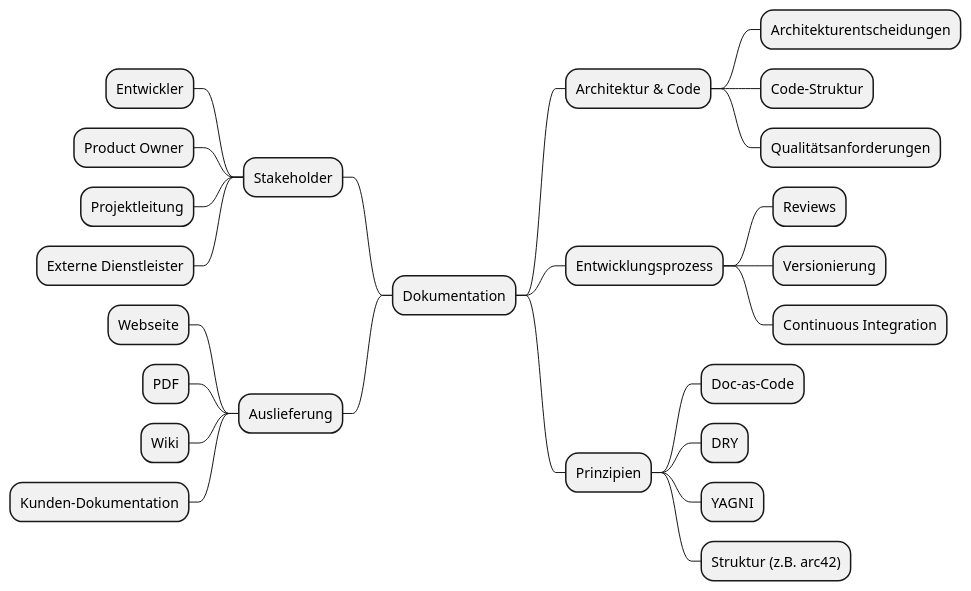
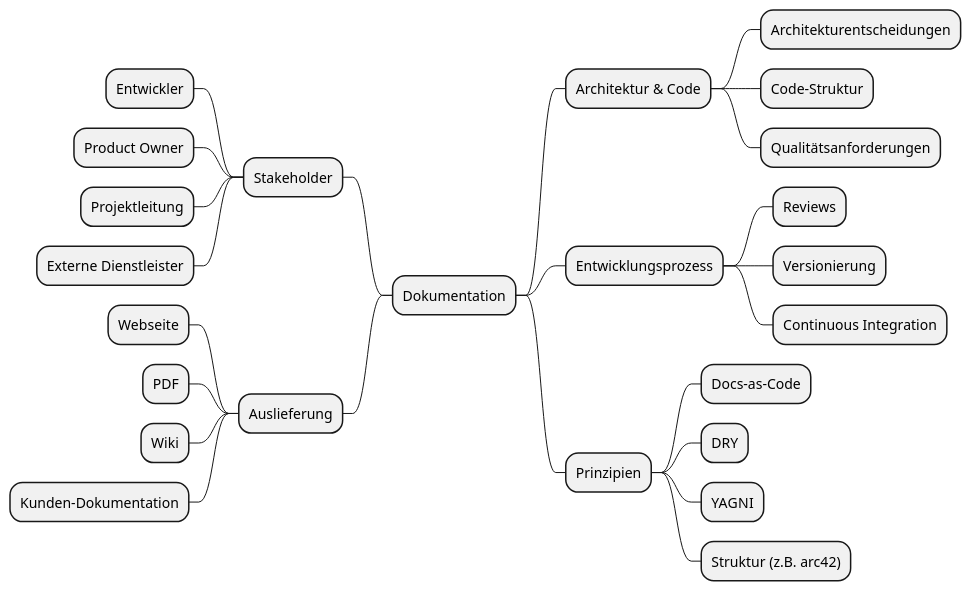
One commit to dieterbaier/profile changed the diagram in src-content/profile/site/articles/assets/doc-as-code/doc-influences.puml. Above: the diagram before and after it, drawn with PlantUML. The commit also changed 14 other files, not shown here.

```diff
--- a/src-content/profile/site/articles/assets/doc-as-code/doc-influences.puml
+++ b/src-content/profile/site/articles/assets/doc-as-code/doc-influences.puml
@@ -1,30 +1,30 @@
 @startmindmap
 skinparam backgroundColor transparent
 skinparam shadowing false
 
 * Dokumentation
 -- Stakeholder
 --- Entwickler
 --- Product Owner
 --- Projektleitung
 --- Externe Dienstleister
 ** Architektur & Code
 *** Architekturentscheidungen
 *** Code-Struktur
 *** Qualitätsanforderungen
 ** Entwicklungsprozess
 *** Reviews
 *** Versionierung
 *** Continuous Integration
 -- Auslieferung
 --- Webseite
 --- PDF
 --- Wiki
 --- Kunden-Dokumentation
 ** Prinzipien
-*** Doc-as-Code
+*** Docs-as-Code
 *** DRY
 *** YAGNI
 *** Struktur (z.B. arc42)
 
 @endmindmap
```
